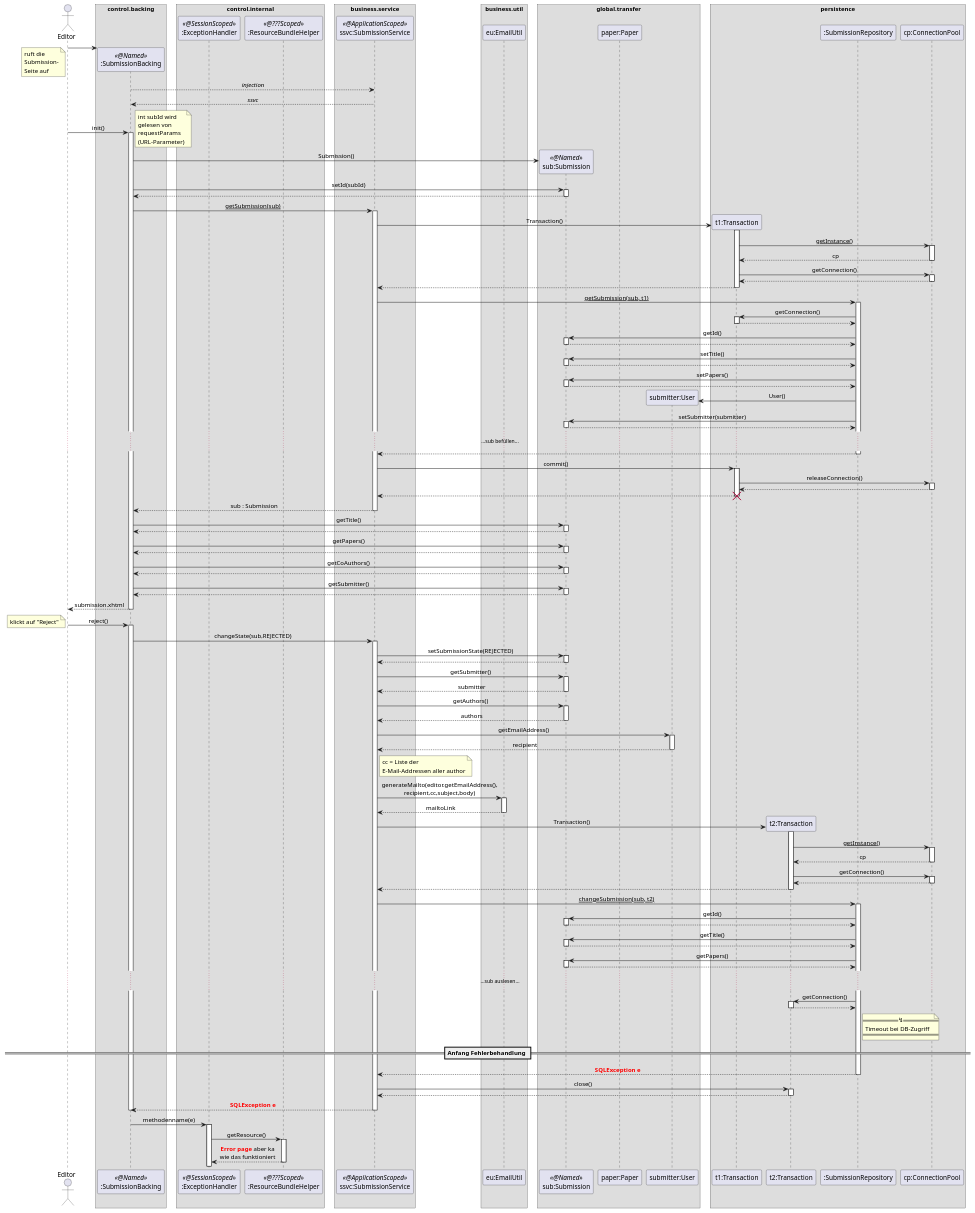
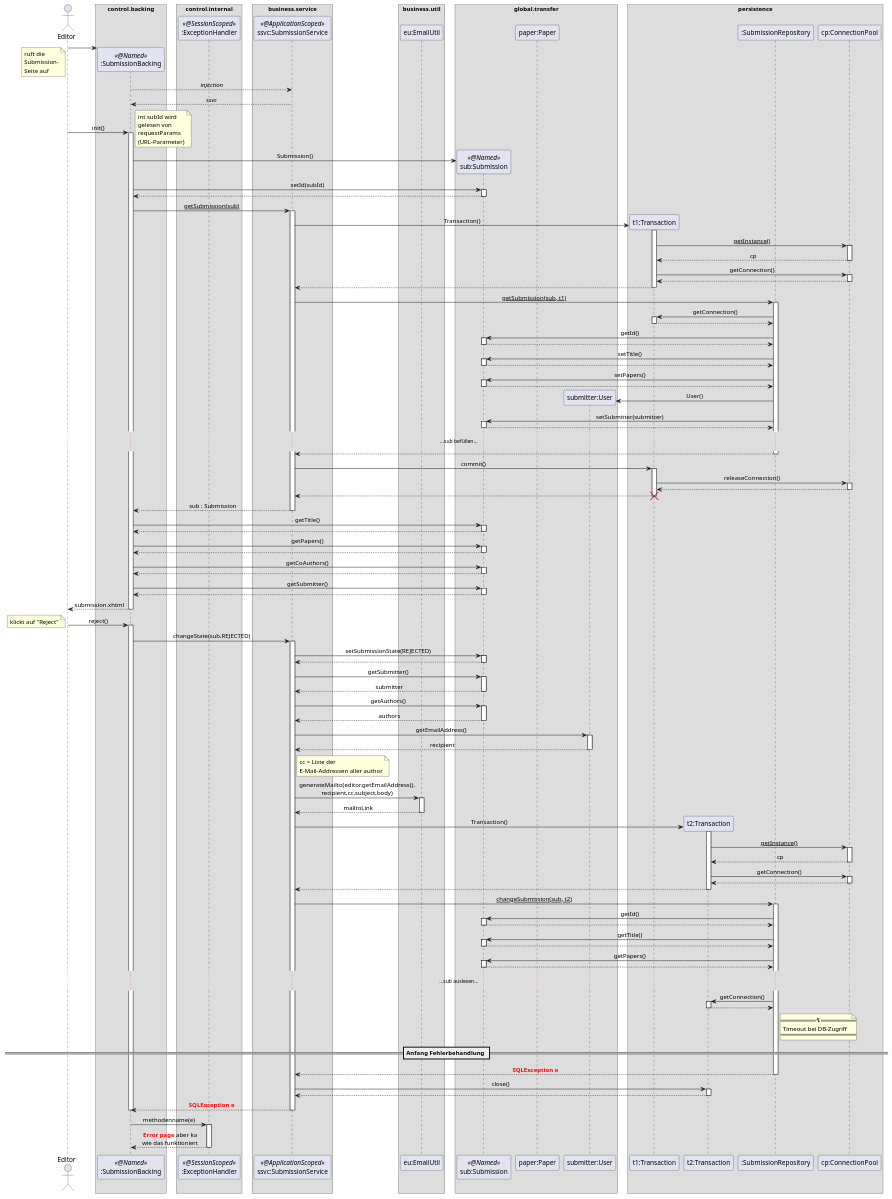
One commit to guersterst/LasEs changed the diagram in docs/Entwurf/puml/reject_submission.puml. Above: the diagram before and after it, drawn with PlantUML.

Commit message:
remove resourcebundlehelper

```diff
--- a/docs/Entwurf/puml/reject_submission.puml
+++ b/docs/Entwurf/puml/reject_submission.puml
@@ -1,192 +1,190 @@
 @startuml
 'https://plantuml.com/sequence-diagram
 
 '!theme aws-orange
 skinparam sequenceMessageAlign center
 skinparam BoxPadding 10
 'skinparam LifelineStrategy nosolid
 'autonumber
 'autoactivate on
 'hide footbox
 
 actor Editor as editor
 
 box "control.backing"
     participant ":SubmissionBacking" as sb << @Named >>
 end box
 box "control.internal"
     participant ":ExceptionHandler" as eh << @SessionScoped >>
-    participant ":ResourceBundleHelper" as rh << @???Scoped >>
 end box
 'box "???"
 '    participant ":ResourceBundle" as rscBundle
 'end box
 box "business.service"
     participant "ssvc:SubmissionService" as ssvc << @ApplicationScoped >>
 end box
 box "business.util"
     participant "eu:EmailUtil" as eu
 end box
 box "global.transfer"
     participant "sub:Submission" as sub << @Named >>
     participant "paper:Paper" as paper
     participant "submitter:User" as submitter
 end box
 box persistence
     participant "t1:Transaction" as t1
     participant "t2:Transaction" as t2
     participant ":SubmissionRepository" as sr
     participant "cp:ConnectionPool" as cp
 end box
 
 create sb
 editor -> sb
 note left
     ruft die
     Submission-
     Seite auf
 end note
 sb --> ssvc : //injection//
 return //ssvc//
 editor -> sb : init()
 activate sb
     note right
         int subId wird
         gelesen von
         requestParams
         (URL-Parameter)
     end note
     sb -> sub ** : Submission()
     sb -> sub : setId(subId)
     activate sub
     return
     sb -> ssvc : __getSubmission(sub)__
     activate ssvc
         ssvc -> t1 ** : Transaction()
         activate t1
             t1 -> cp : __getInstance()__
             activate cp
             return cp
             t1 -> cp : getConnection()
             activate cp
             return
         return
         ssvc -> sr : __getSubmission(sub, t1)__
         activate sr
             sr -> t1 ++ : getConnection()
             return
             sr -> sub : getId()
             activate sub
             return
             sr -> sub : setTitle()
             activate sub
             return
             sr -> sub : setPapers()
             activate sub
             return
             sr -> submitter ** : User()
             sr -> sub : setSubmitter(submitter)
             activate sub
             return
             ......sub befüllen......
         return
         ssvc -> t1 ++ : commit()
             t1 -> cp ++ : releaseConnection()
             return
         return
         destroy t1
     return sub : Submission
     sb -> sub ++ : getTitle()
     return
     sb -> sub ++ : getPapers()
     return
     sb -> sub ++ : getCoAuthors()
     return
     sb -> sub ++ : getSubmitter()
     return
 return submission.xhtml
 
 
 editor -> sb : reject()
 note left
     klickt auf "Reject"
 end note
 activate sb
     sb -> ssvc : changeState(sub,REJECTED)
     activate ssvc
         ssvc -> sub ++ : setSubmissionState(REJECTED)
         return
         ssvc -> sub : getSubmitter()
         activate sub
         return submitter
         ssvc -> sub : getAuthors()
         activate sub
         return authors
         ssvc -> submitter : getEmailAddress()
         activate submitter
         return recipient
         note right of ssvc
             cc = Liste der
             E-Mail-Addressen aller author
         end note
 '        subService -> rscBundle : getRejectionEmailSubject()
 '        activate rscBundle
 '        return subject
 '        subService -> rscBundle : getRejectionEmailBody()
 '        activate rscBundle
 '        return body
 
         ssvc -> eu : generateMailto(editor.getEmailAddress(),\nrecipient,cc,subject,body)
         activate eu
         return mailtoLink
 
         ssvc -> t2 ** : Transaction()
         activate t2
             t2 -> cp : __getInstance()__
             activate cp
             return cp
             t2 -> cp : getConnection()
             activate cp
             return
         return
 
         ssvc -> sr : __changeSubmission(sub, t2)__
         activate sr
             sr -> sub ++ : getId()
             return
             sr -> sub ++ : getTitle()
             return
             sr -> sub ++ : getPapers()
             return
             ......sub auslesen......
             sr -> t2 ++ : getConnection()
             return
 
         note right of sr
         == ↯ ==
         Timeout bei DB-Zugriff
         ====
         end note
 
 == Anfang Fehlerbehandlung ==
         return <font color=red><b>SQLException e
 
         ssvc -> t2 ++ : close()
         return
 
     return <font color=red><b>SQLException e
 deactivate sb
 
 sb -> eh ++ : methodenname(e)
 'todo methodenname
 
-eh -> rh ++ : getResource()
 return <font color=red><b>Error page</font> aber ka\nwie das funktioniert
 
 'note left
 'Die Ablehnung war
 'nicht erfolgreich
 'end note
 
 
 @enduml
```
